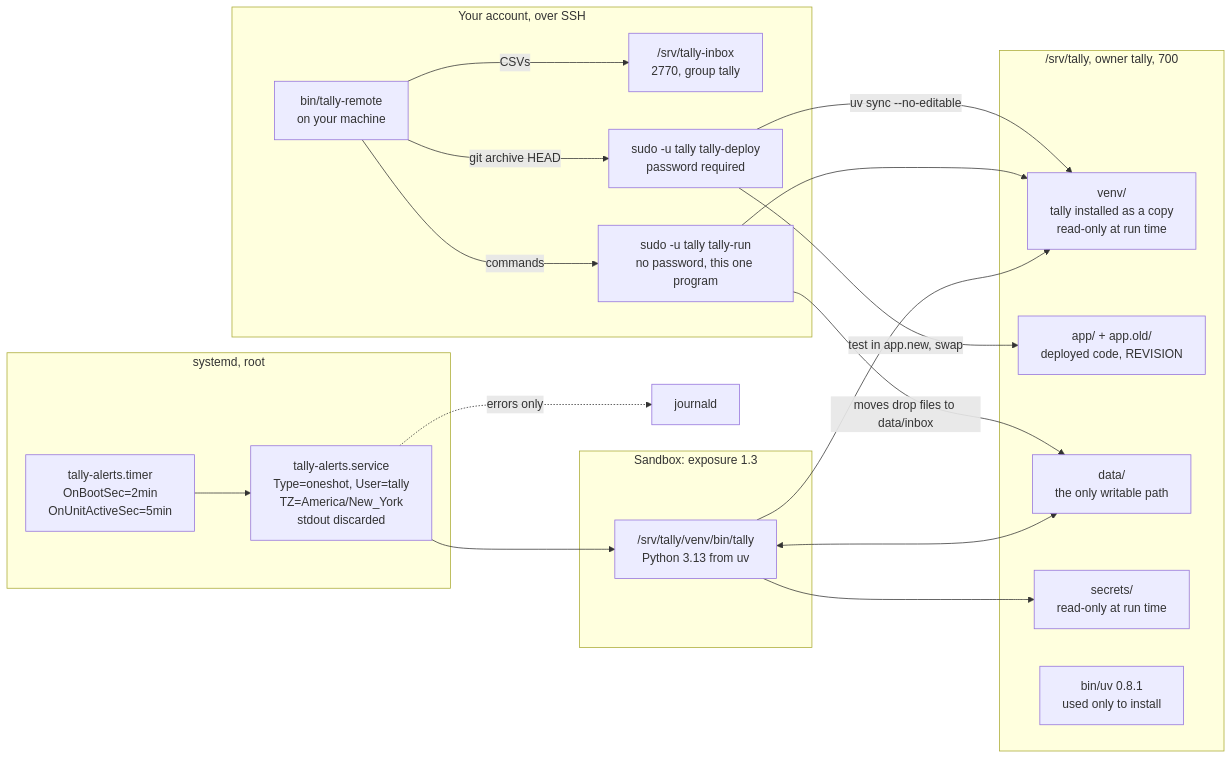
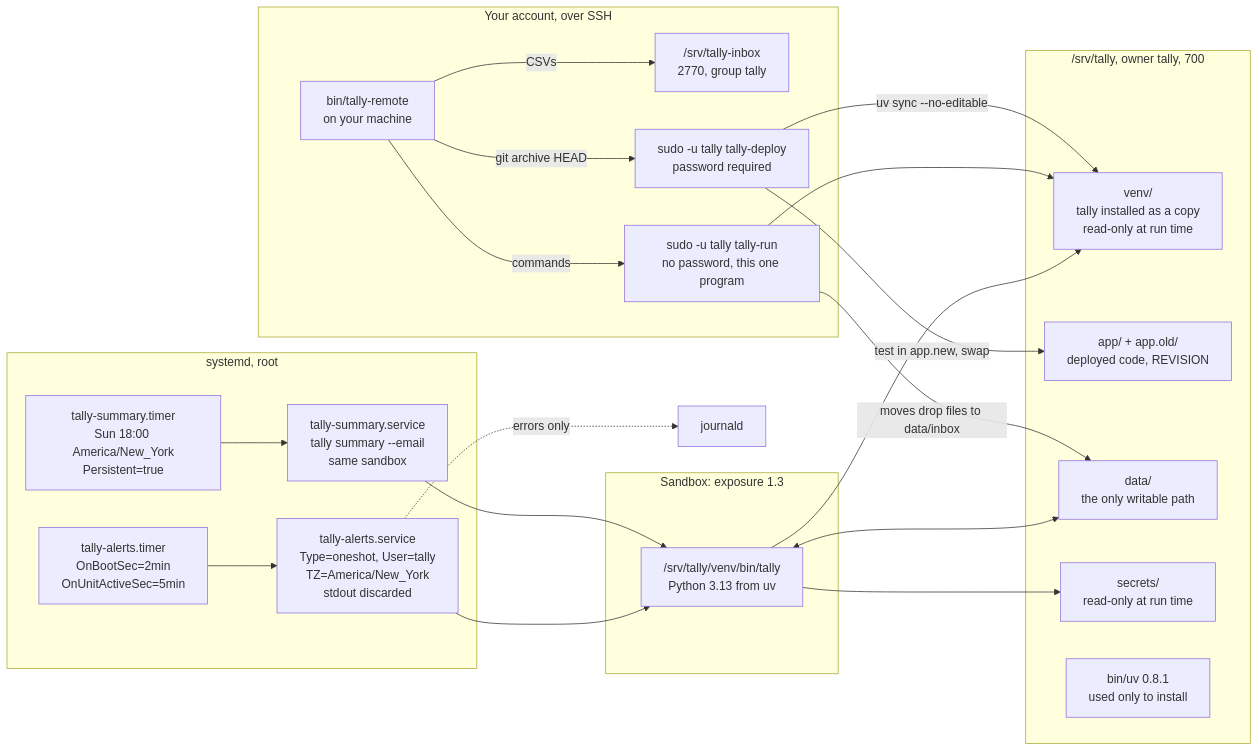
The sixth of 6 diagrams in docs/architecture.md (vmenon04/tally), drawn with Mermaid before and after one commit. The commit also changed 4 other files, not shown here.

Commit message:
Email the weekly summary every Sunday at 6pm from a sandboxed systemd timer

````diff
--- a/docs/architecture.md
+++ b/docs/architecture.md
@@ -284,40 +284,43 @@
 ```mermaid
 flowchart LR
     subgraph systemd["systemd, root"]
         timer["tally-alerts.timer<br/>OnBootSec=2min<br/>OnUnitActiveSec=5min"]
         service["tally-alerts.service<br/>Type=oneshot, User=tally<br/>TZ=America/New_York<br/>stdout discarded"]
+        summary_timer["tally-summary.timer<br/>Sun 18:00 America/New_York<br/>Persistent=true"]
+        summary_service["tally-summary.service<br/>tally summary --email<br/>same sandbox"]
     end
 
     subgraph sandbox["Sandbox: exposure 1.3"]
         bin["/srv/tally/venv/bin/tally<br/>Python 3.13 from uv"]
     end
 
     subgraph fs["/srv/tally, owner tally, 700"]
         venv["venv/<br/>tally installed as a copy<br/>read-only at run time"]
         app["app/ + app.old/<br/>deployed code, REVISION"]
         datadir["data/<br/>the only writable path"]
         secretsdir["secrets/<br/>read-only at run time"]
         uv["bin/uv 0.8.1<br/>used only to install"]
     end
 
     subgraph you["Your account, over SSH"]
         remote["bin/tally-remote<br/>on your machine"]
         drop["/srv/tally-inbox<br/>2770, group tally"]
         run["sudo -u tally tally-run<br/>no password, this one program"]
         deploy["sudo -u tally tally-deploy<br/>password required"]
     end
 
     timer --> service --> bin
+    summary_timer --> summary_service --> bin
     bin --> venv
     bin <--> datadir
     bin --> secretsdir
     service -. "errors only" .-> journal["journald"]
 
     remote -- "CSVs" --> drop
     remote -- "commands" --> run
     remote -- "git archive HEAD" --> deploy
     run -- "moves drop files to data/inbox" --> datadir
     run --> venv
     deploy -- "test in app.new, swap" --> app
     deploy -- "uv sync --no-editable" --> venv
 ```
````
